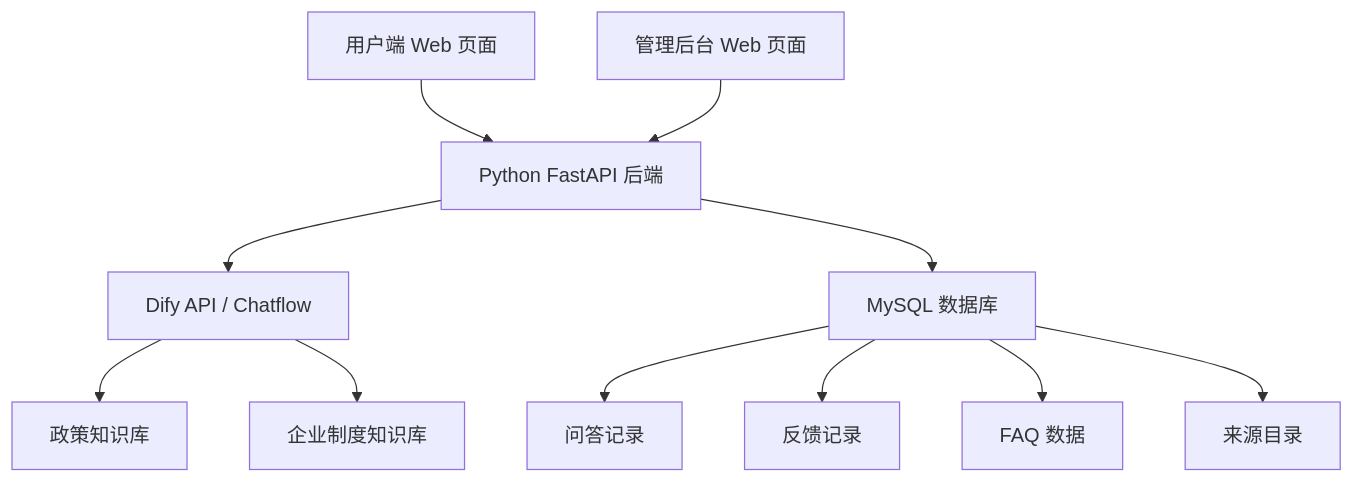
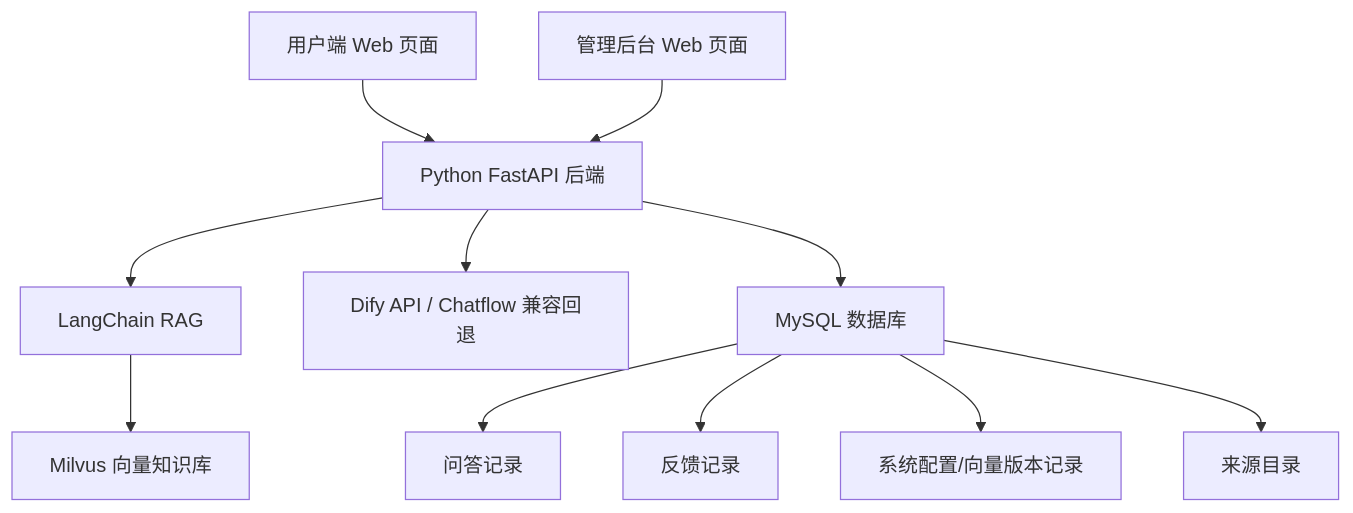
Before and after one commit to KE-G-y/smart-labor-compliance: the diagram in 企业用工与社保合规智能平台项目书_商业化正式版.md, drawn with Mermaid. The commit also changed other lines of this file and 14 other files, not shown here.

````diff
--- a/企业用工与社保合规智能平台项目书_商业化正式版.md
+++ b/企业用工与社保合规智能平台项目书_商业化正式版.md
@@ -549,13 +555,13 @@
 ```mermaid
 flowchart TD
     A["用户端 Web 页面"] --> B["Python FastAPI 后端"]
     C["管理后台 Web 页面"] --> B
-    B --> D["Dify API / Chatflow"]
-    D --> E["政策知识库"]
-    D --> F["企业制度知识库"]
+    B --> D["LangChain RAG"]
+    D --> E["Milvus 向量知识库"]
+    B --> F["Dify API / Chatflow 兼容回退"]
     B --> G["MySQL 数据库"]
     G --> H["问答记录"]
     G --> I["反馈记录"]
-    G --> J["FAQ 数据"]
+    G --> J["系统配置/向量版本记录"]
     G --> K["来源目录"]
 ```
````
